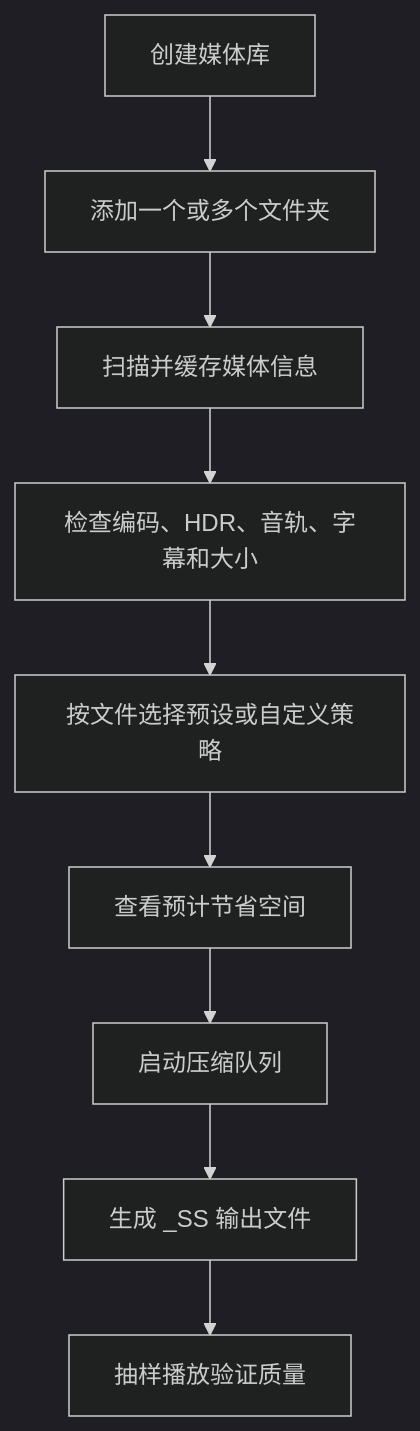
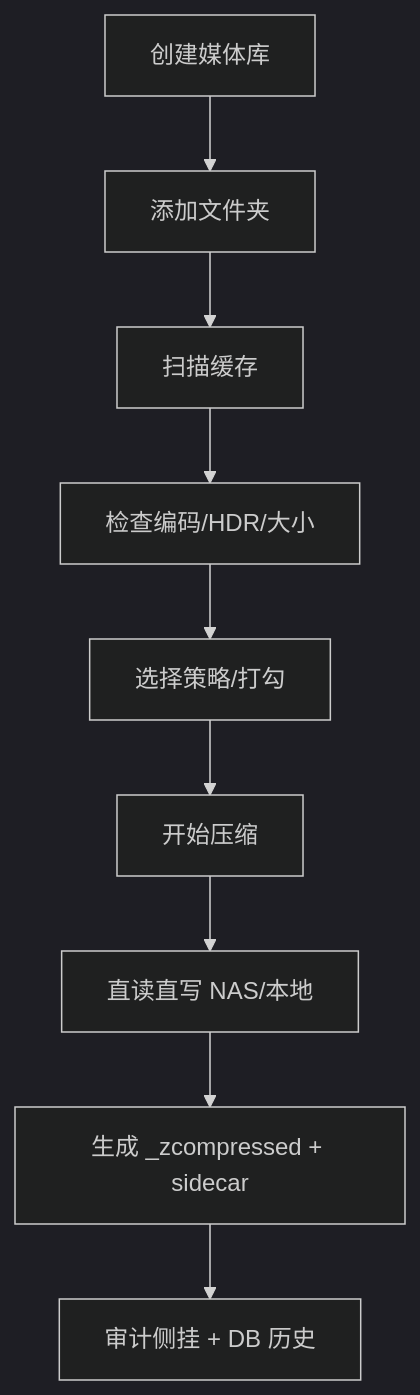
Before and after one commit to jazz-zzzz/LeanReel: the second of 3 diagrams in README.md, drawn with Mermaid (dark theme). The commit also changed other lines of this file, not shown here.

Commit message:
docs: update README to reflect current state — AV1, unified history, direct I/O, audit sidecar

````diff
--- a/README.md
+++ b/README.md
@@ -149,11 +95,11 @@
 ```mermaid
 flowchart TD
-    A["创建媒体库"] --> B["添加一个或多个文件夹"]
-    B --> C["扫描并缓存媒体信息"]
-    C --> D["检查编码、HDR、音轨、字幕和大小"]
-    D --> E["按文件选择预设或自定义策略"]
-    E --> F["查看预计节省空间"]
-    F --> G["启动压缩队列"]
-    G --> H["生成 _SS 输出文件"]
-    H --> I["抽样播放验证质量"]
+    A["创建媒体库"] --> B["添加文件夹"]
+    B --> C["扫描缓存"]
+    C --> D["检查编码/HDR/大小"]
+    D --> E["选择策略/打勾"]
+    E --> F["开始压缩"]
+    F --> G["直读直写 NAS/本地"]
+    G --> H["生成 _zcompressed + sidecar"]
+    H --> I["审计侧挂 + DB 历史"]
 ```
````
